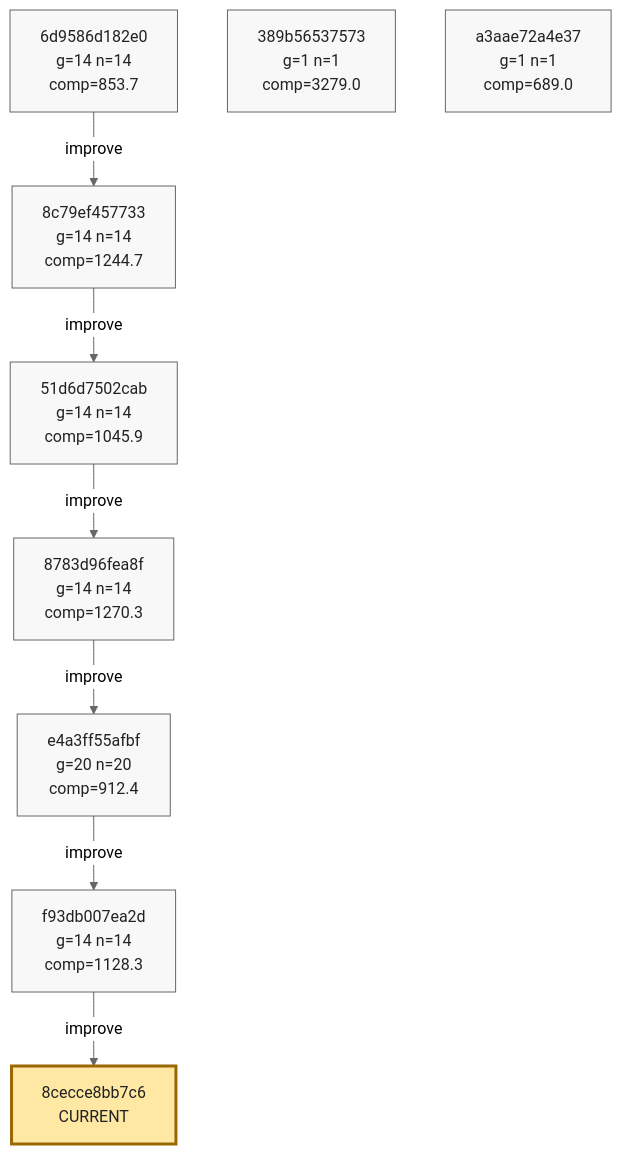
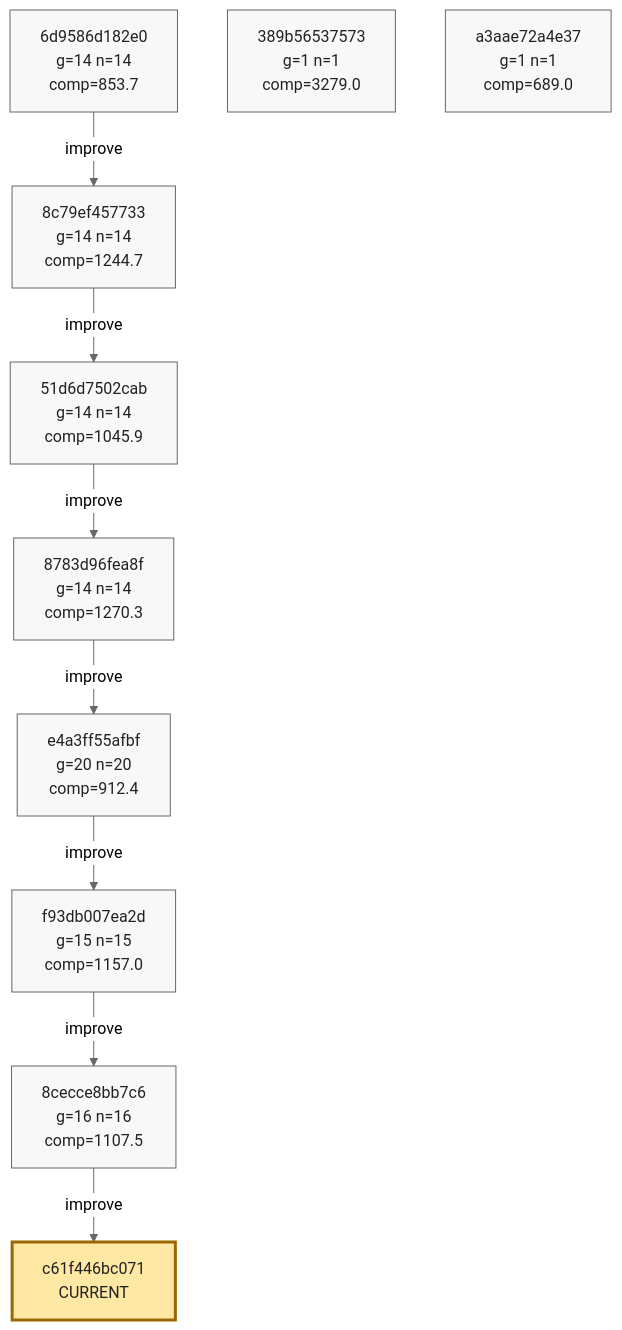
One commit to azumag/soviet_now changed the eighth of 8 diagrams in phyrogenetic-tree.md. Above: the diagram before and after it, drawn with Mermaid (neutral theme). The commit also changed other lines of this file and 2 other files, not shown here.

Commit message:
eloop Improve after 12 games (scores: 1639 1582 953 1752 870 709 1434 1033 646 1444 1078 1842)

````diff
--- a/phyrogenetic-tree.md
+++ b/phyrogenetic-tree.md
@@ -1942,34 +1942,37 @@
 ```mermaid
 flowchart TD
     h_6d9586d182e0["6d9586d182e0<br/>g=14 n=14<br/>comp=853.7"]
     h_8c79ef457733["8c79ef457733<br/>g=14 n=14<br/>comp=1244.7"]
     h_51d6d7502cab["51d6d7502cab<br/>g=14 n=14<br/>comp=1045.9"]
     h_8783d96fea8f["8783d96fea8f<br/>g=14 n=14<br/>comp=1270.3"]
     h_e4a3ff55afbf["e4a3ff55afbf<br/>g=20 n=20<br/>comp=912.4"]
-    h_f93db007ea2d["f93db007ea2d<br/>g=14 n=14<br/>comp=1128.3"]
+    h_f93db007ea2d["f93db007ea2d<br/>g=15 n=15<br/>comp=1157.0"]
+    h_8cecce8bb7c6["8cecce8bb7c6<br/>g=16 n=16<br/>comp=1107.5"]
     h_389b56537573["389b56537573<br/>g=1 n=1<br/>comp=3279.0"]
     h_a3aae72a4e37["a3aae72a4e37<br/>g=1 n=1<br/>comp=689.0"]
-    h_8cecce8bb7c6["8cecce8bb7c6<br/>CURRENT"]
+    h_c61f446bc071["c61f446bc071<br/>CURRENT"]
 
     h_6d9586d182e0 -->|improve| h_8c79ef457733
     h_8c79ef457733 -->|improve| h_51d6d7502cab
     h_51d6d7502cab -->|improve| h_8783d96fea8f
     h_8783d96fea8f -->|improve| h_e4a3ff55afbf
     h_e4a3ff55afbf -->|improve| h_f93db007ea2d
     h_f93db007ea2d -->|improve| h_8cecce8bb7c6
+    h_8cecce8bb7c6 -->|improve| h_c61f446bc071
 
     classDef plain fill:#f8f8f8,stroke:#666,stroke-width:1px,color:#222;
     classDef current fill:#ffe8a3,stroke:#9a6700,stroke-width:3px,color:#222;
     classDef anchor fill:#d7f5dd,stroke:#1f6f43,stroke-width:3px,color:#222;
     classDef current_anchor fill:#f3e4a8,stroke:#1f6f43,stroke-width:4px,color:#222;
 
     class h_6d9586d182e0 plain;
     class h_8c79ef457733 plain;
     class h_51d6d7502cab plain;
     class h_8783d96fea8f plain;
     class h_e4a3ff55afbf plain;
     class h_f93db007ea2d plain;
+    class h_8cecce8bb7c6 plain;
     class h_389b56537573 plain;
     class h_a3aae72a4e37 plain;
-    class h_8cecce8bb7c6 current;
+    class h_c61f446bc071 current;
 ```
````
